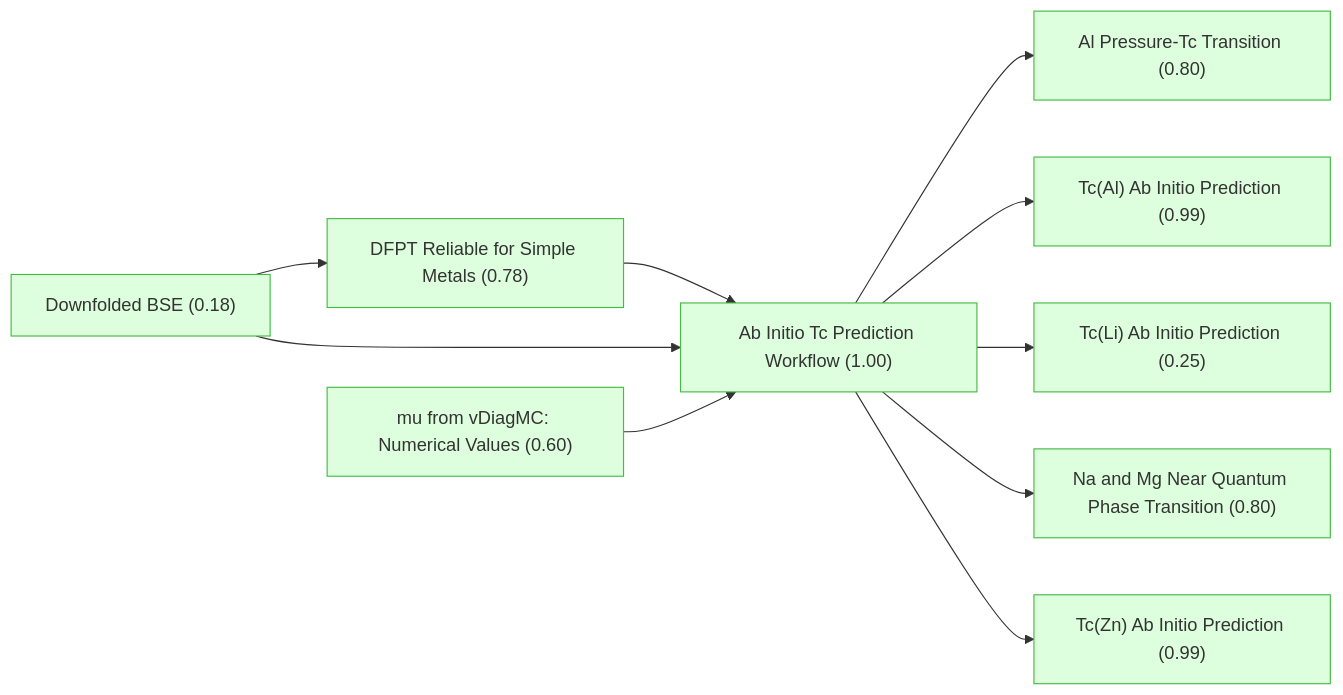
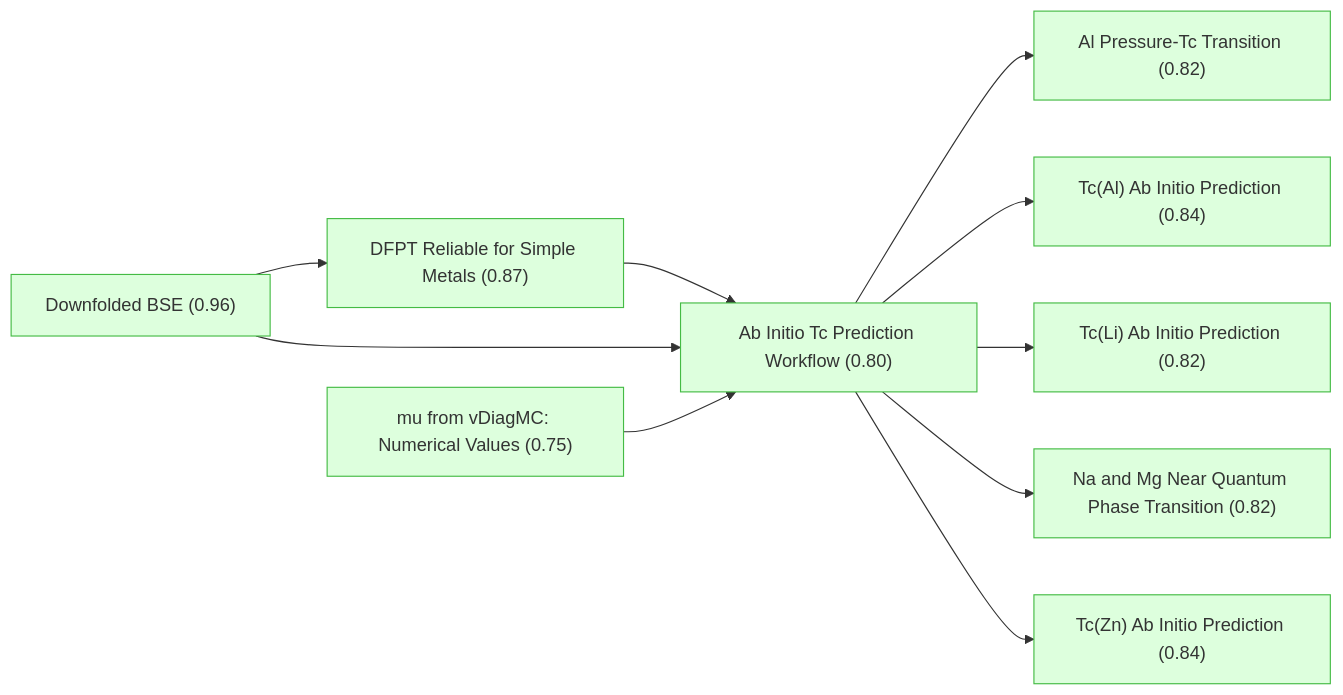
Before and after one commit to kunyuan/SuperconductivityElectronLiquids.gaia: the first of 6 diagrams in docs/detailed-reasoning.md, drawn with Mermaid. The commit also changed other lines of this file and 44 other files, not shown here.

````diff
--- a/docs/detailed-reasoning.md
+++ b/docs/detailed-reasoning.md
@@ -7,31 +7,31 @@
 ```mermaid
 graph LR
-    downfolded_bse["Downfolded BSE (0.18)"]:::derived
-    mu_vdiagmc_values["mu from vDiagMC: Numerical Values (0.60)"]:::derived
-    dfpt_reliable_for_simple_metals["DFPT Reliable for Simple Metals (0.78)"]:::derived
-    ab_initio_workflow["Ab Initio Tc Prediction Workflow (1.00)"]:::derived
-    tc_al_predicted["Tc(Al) Ab Initio Prediction (0.99)"]:::derived
-    tc_zn_predicted["Tc(Zn) Ab Initio Prediction (0.99)"]:::derived
-    tc_li_predicted["Tc(Li) Ab Initio Prediction (0.25)"]:::derived
-    al_pressure_transition["Al Pressure-Tc Transition (0.80)"]:::derived
-    tc_mg_na_near_qpt["Na and Mg Near Quantum Phase Transition (0.80)"]:::derived
+    downfolded_bse["Downfolded BSE (0.96)"]:::derived
+    mu_vdiagmc_values["mu from vDiagMC: Numerical Values (0.75)"]:::derived
+    dfpt_reliable_for_simple_metals["DFPT Reliable for Simple Metals (0.87)"]:::derived
+    ab_initio_workflow["Ab Initio Tc Prediction Workflow (0.80)"]:::derived
+    tc_al_predicted["Tc(Al) Ab Initio Prediction (0.84)"]:::derived
+    tc_zn_predicted["Tc(Zn) Ab Initio Prediction (0.84)"]:::derived
+    tc_li_predicted["Tc(Li) Ab Initio Prediction (0.82)"]:::derived
+    al_pressure_transition["Al Pressure-Tc Transition (0.82)"]:::derived
+    tc_mg_na_near_qpt["Na and Mg Near Quantum Phase Transition (0.82)"]:::derived
     ab_initio_workflow --> al_pressure_transition
     ab_initio_workflow --> tc_al_predicted
     ab_initio_workflow --> tc_li_predicted
     ab_initio_workflow --> tc_mg_na_near_qpt
     ab_initio_workflow --> tc_zn_predicted
     dfpt_reliable_for_simple_metals --> ab_initio_workflow
     downfolded_bse --> ab_initio_workflow
     downfolded_bse --> dfpt_reliable_for_simple_metals
     mu_vdiagmc_values --> ab_initio_workflow
 
     classDef setting fill:#f0f0f0,stroke:#999,color:#333
     classDef premise fill:#ddeeff,stroke:#4488bb,color:#333
     classDef derived fill:#ddffdd,stroke:#44bb44,color:#333
     classDef question fill:#fff3dd,stroke:#cc9944,color:#333
     classDef background fill:#f5f5f5,stroke:#bbb,stroke-dasharray: 5 5,color:#333
     classDef orphan fill:#fff,stroke:#ccc,stroke-dasharray: 5 5,color:#333
     classDef external fill:#fff,stroke:#aaa,stroke-dasharray: 3 3,color:#333
     classDef weak fill:#fff9c4,stroke:#f9a825,stroke-dasharray: 5 5,color:#333
     classDef contra fill:#ffebee,stroke:#c62828,color:#333
 ```
````
